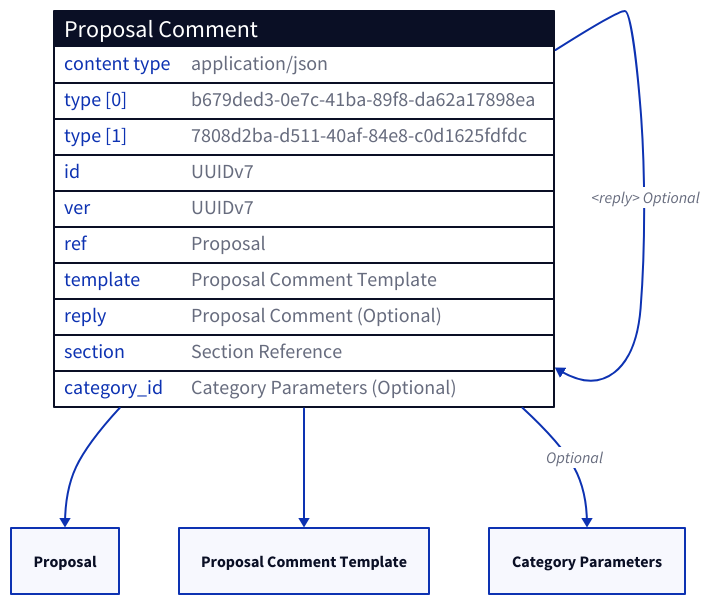
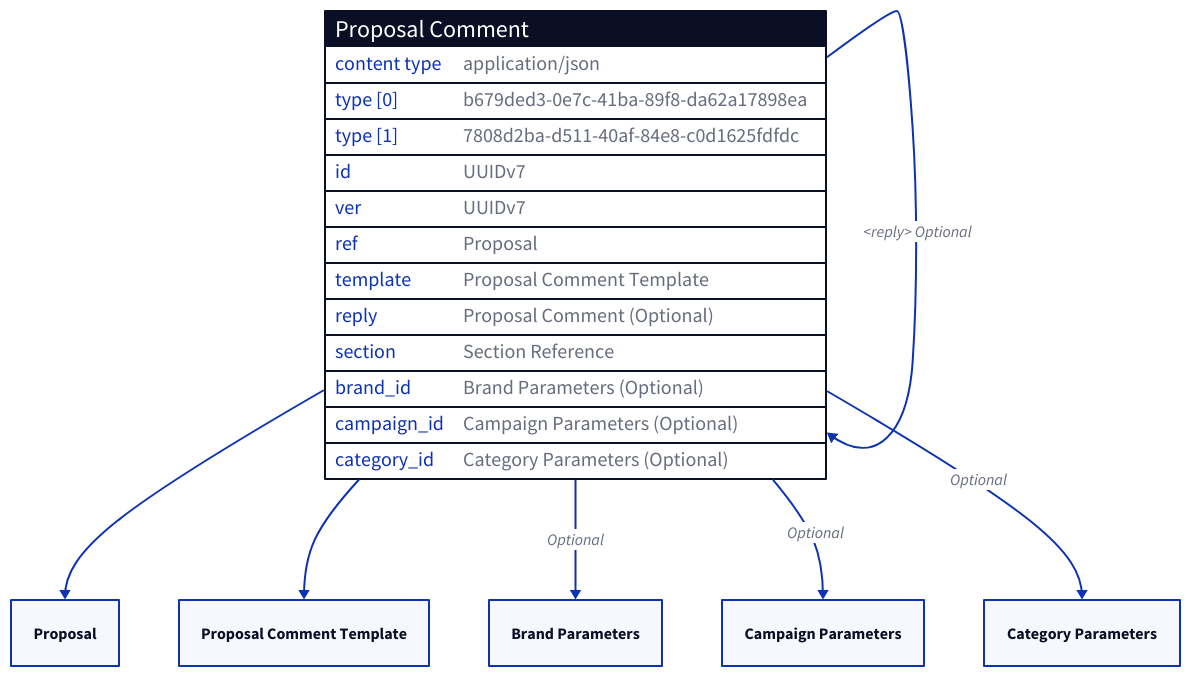
Before and after one commit to input-output-hk/catalyst-libs: the diagram in docs/src/architecture/08_concepts/signed_doc/docs/proposal_comment.md, drawn with D2. The commit also changed other lines of this file and 31 other files, not shown here.

````diff
--- a/docs/src/architecture/08_concepts/signed_doc/docs/proposal_comment.md
+++ b/docs/src/architecture/08_concepts/signed_doc/docs/proposal_comment.md
@@ -14,21 +14,25 @@
 ```d2 layout="elk"
 "Proposal Comment": {
   shape: sql_table
   "content type": application/json
   "type [0]": b679ded3-0e7c-41ba-89f8-da62a17898ea
   "type [1]": 7808d2ba-d511-40af-84e8-c0d1625fdfdc
   "id": UUIDv7
   "ver": UUIDv7
   "ref": Proposal
   "template": Proposal Comment Template
   "reply": Proposal Comment (Optional)
   "section": Section Reference
+  "brand_id": Brand Parameters (Optional)
+  "campaign_id": Campaign Parameters (Optional)
   "category_id": Category Parameters (Optional)
 
 }
 
 "Proposal Comment"."ref"->"Proposal"
 "Proposal Comment"."template"->"Proposal Comment Template"
 "Proposal Comment"."reply"->"Proposal Comment": <reply> Optional
+"Proposal Comment"."brand_id"->"Brand Parameters": Optional
+"Proposal Comment"."campaign_id"->"Campaign Parameters": Optional
 "Proposal Comment"."category_id"->"Category Parameters": Optional
 ```
````
